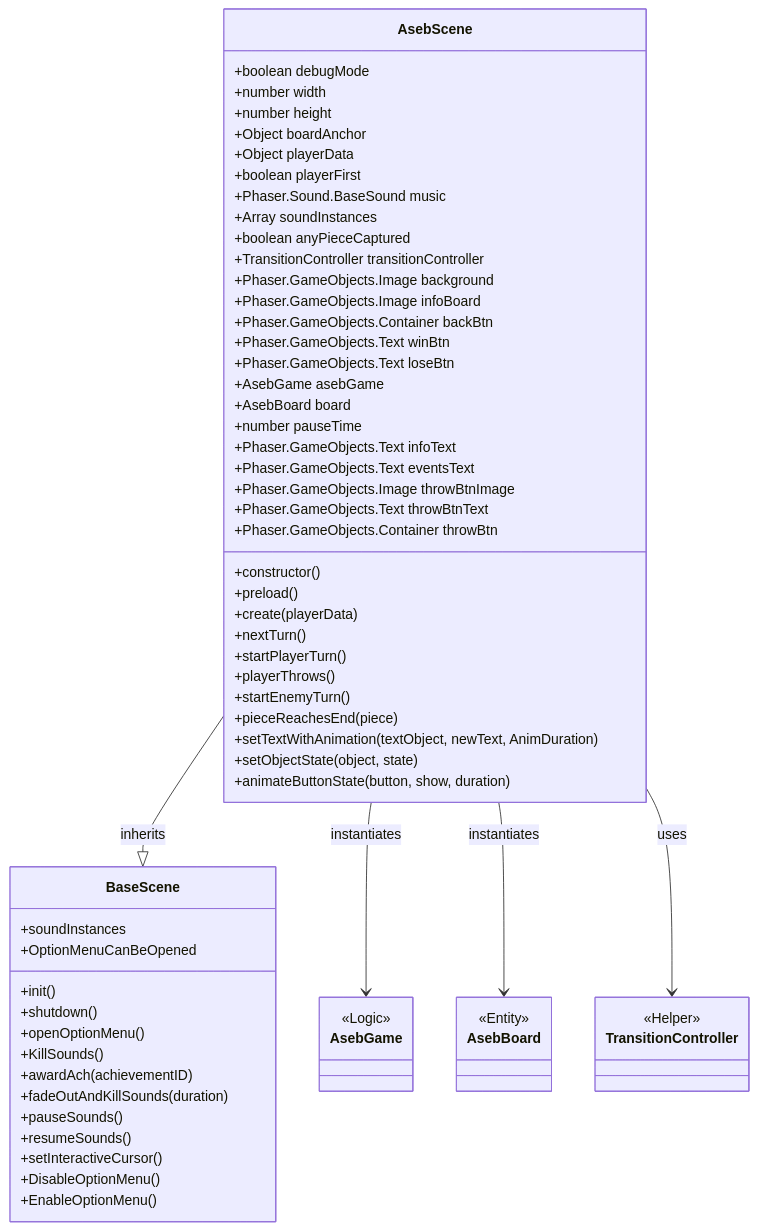
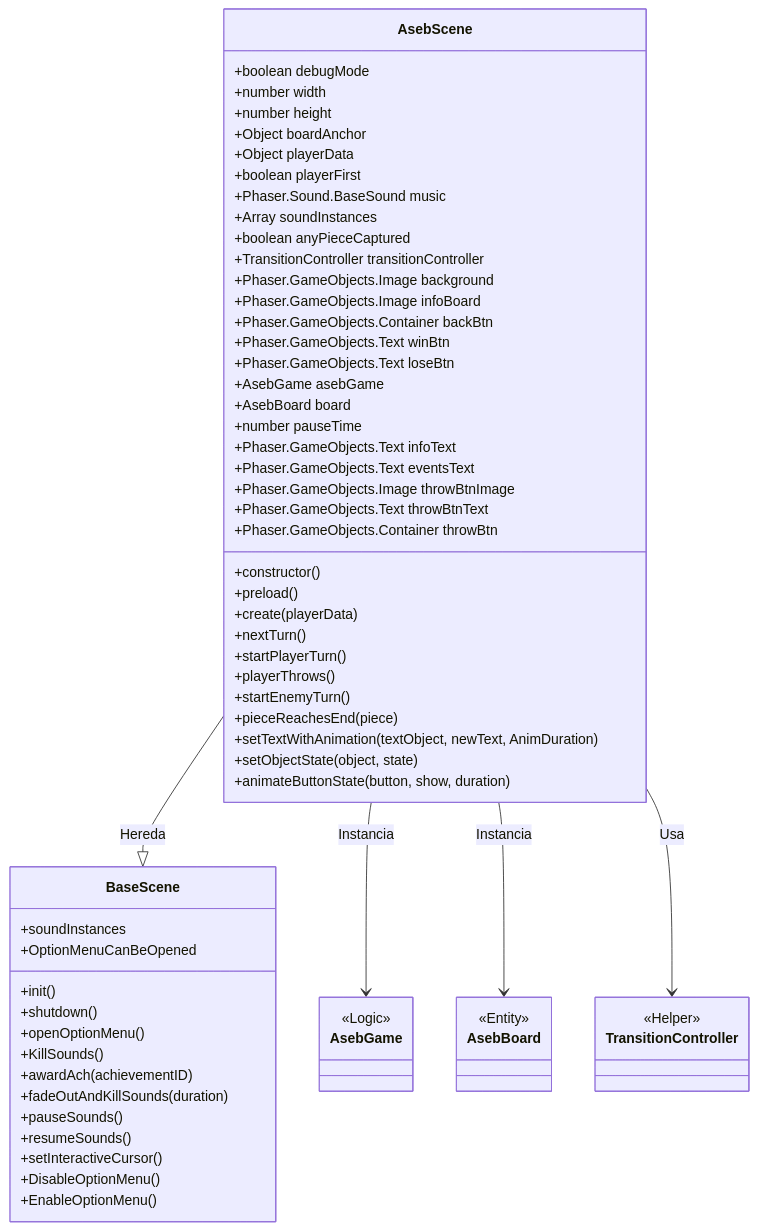
Before and after one commit to MaltenGD/TimeBoxed: diagram 15 of 23 in arquitectura.md, drawn with Mermaid. The commit also changed other lines of this file, not shown here.

````diff
--- a/arquitectura.md
+++ b/arquitectura.md
@@ -279,78 +729,78 @@
 ```mermaid
 classDiagram
     class AsebScene {
         %% Properties defined in constructor
         +boolean debugMode
         
         %% Properties defined in preload/create
         +number width
         +number height
         +Object boardAnchor
         +Object playerData
         +boolean playerFirst
         +Phaser.Sound.BaseSound music
         +Array soundInstances
         +boolean anyPieceCaptured
         +TransitionController transitionController
         +Phaser.GameObjects.Image background
         +Phaser.GameObjects.Image infoBoard
         +Phaser.GameObjects.Container backBtn
         +Phaser.GameObjects.Text winBtn
         +Phaser.GameObjects.Text loseBtn
         +AsebGame asebGame
         +AsebBoard board
         +number pauseTime
         +Phaser.GameObjects.Text infoText
         +Phaser.GameObjects.Text eventsText
         +Phaser.GameObjects.Image throwBtnImage
         +Phaser.GameObjects.Text throwBtnText
         +Phaser.GameObjects.Container throwBtn
 
         %% Methods
         +constructor()
         +preload()
         +create(playerData)
         +nextTurn()
         +startPlayerTurn()
         +playerThrows()
         +startEnemyTurn()
         +pieceReachesEnd(piece)
         +setTextWithAnimation(textObject, newText, AnimDuration)
         +setObjectState(object, state)
         +animateButtonState(button, show, duration)
     }
 
     class BaseScene {
         +soundInstances
         +OptionMenuCanBeOpened
         +init()
         +shutdown()
         +openOptionMenu()
         +KillSounds()
         +awardAch(achievementID)
         +fadeOutAndKillSounds(duration)
         +pauseSounds()
         +resumeSounds()
         +setInteractiveCursor()
         +DisableOptionMenu()
         +EnableOptionMenu()
     }
 
     class AsebGame {
         <<Logic>>
     }
 
     class AsebBoard {
         <<Entity>>
     }
 
     class TransitionController {
          <<Helper>>
     }
 
-    AsebScene --|> BaseScene : inherits
-    AsebScene --> AsebGame : instantiates
-    AsebScene --> AsebBoard : instantiates
-    AsebScene --> TransitionController : uses
+    AsebScene --|> BaseScene : Hereda
+    AsebScene --> AsebGame : Instancia
+    AsebScene --> AsebBoard : Instancia
+    AsebScene --> TransitionController : Usa
 
 ```
````
